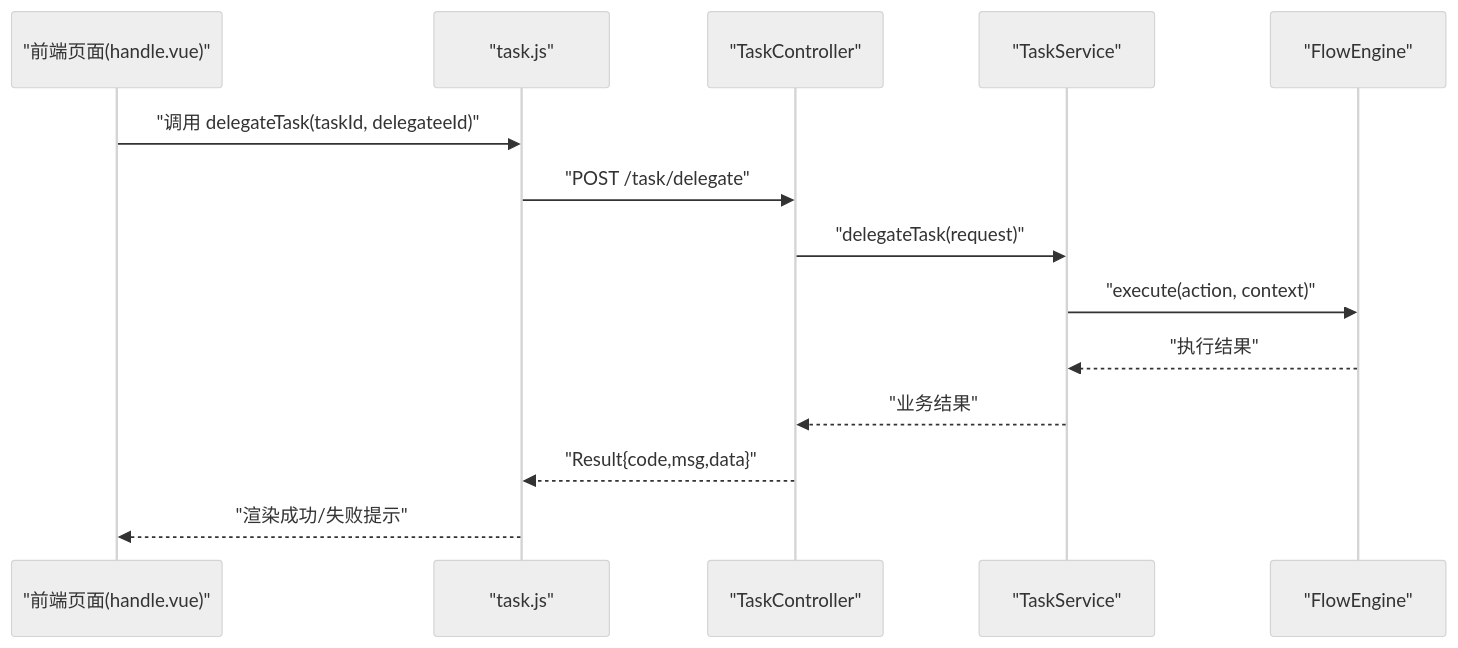
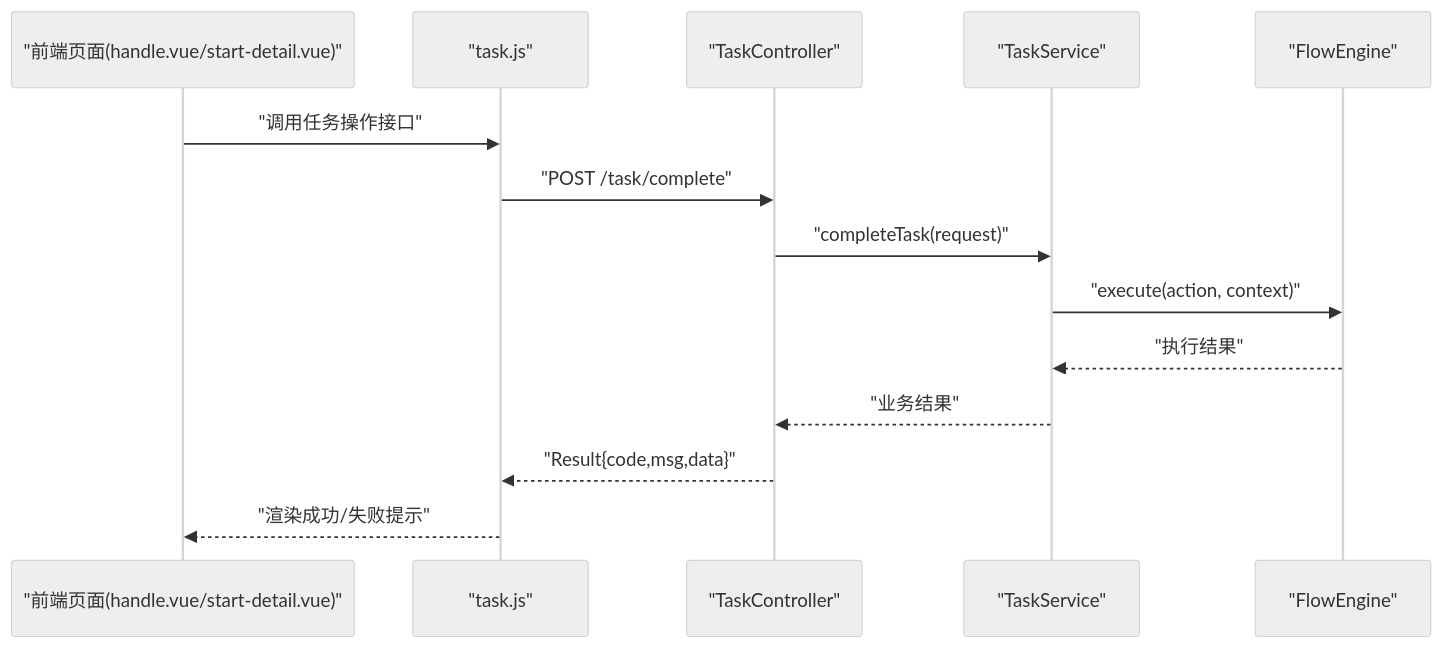
One commit to liming-lihaini/workflow changed the ninth of 11 diagrams in .qoder/repowiki/zh/content/任务管理/任务操作处理/任务操作处理.md. Above: the diagram before and after it, drawn with Mermaid (neutral theme). The commit also changed other lines of this file and 30 other files, not shown here.

````diff
--- a/.qoder/repowiki/zh/content/任务管理/任务操作处理/任务操作处理.md
+++ b/.qoder/repowiki/zh/content/任务管理/任务操作处理/任务操作处理.md
@@ -521,16 +524,16 @@
 ```mermaid
 sequenceDiagram
-participant UI as "前端页面(handle.vue)"
+participant UI as "前端页面(handle.vue/start-detail.vue)"
 participant Api as "task.js"
 participant Ctrl as "TaskController"
 participant Svc as "TaskService"
 participant Eng as "FlowEngine"
-UI->>Api : "调用 delegateTask(taskId, delegateeId)"
-Api->>Ctrl : "POST /task/delegate"
-Ctrl->>Svc : "delegateTask(request)"
+UI->>Api : "调用任务操作接口"
+Api->>Ctrl : "POST /task/complete"
+Ctrl->>Svc : "completeTask(request)"
 Svc->>Eng : "execute(action, context)"
 Eng-->>Svc : "执行结果"
 Svc-->>Ctrl : "业务结果"
 Ctrl-->>Api : "Result{code,msg,data}"
 Api-->>UI : "渲染成功/失败提示"
 ```
````
